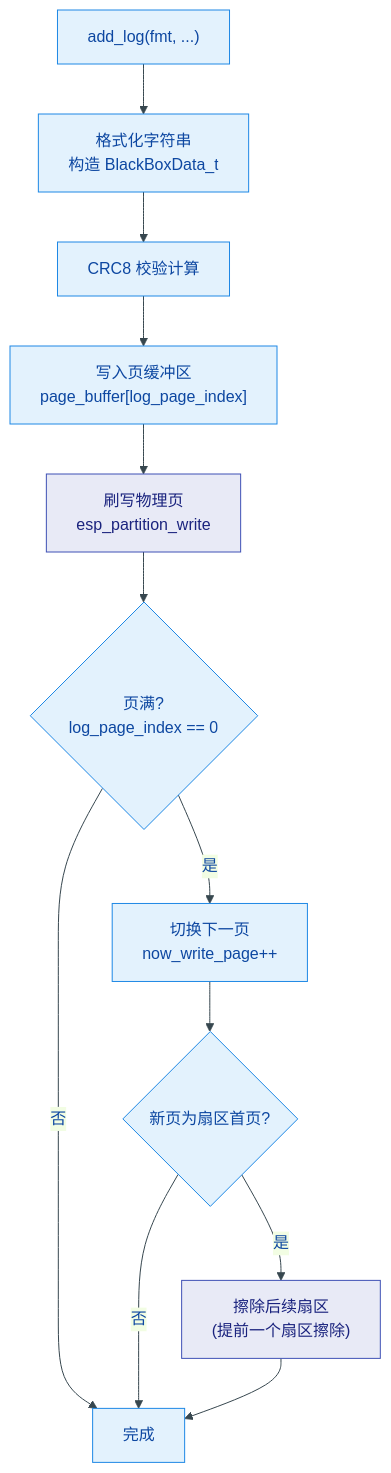
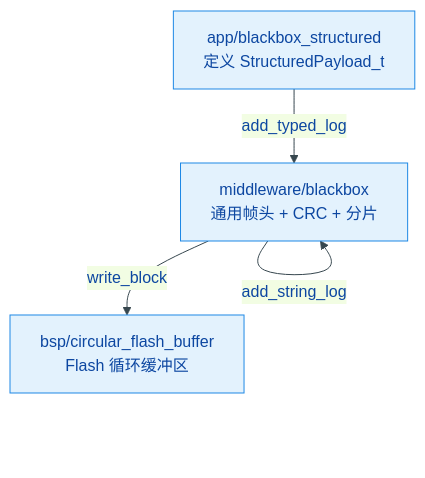
One commit to qingmeijiupiao/Wireless_power_meter_lite changed the diagram in components/middleware/blackbox/README.md. Above: the diagram before and after it, drawn with Mermaid. The commit also changed other lines of this file and 24 other files, not shown here.

````diff
--- a/components/middleware/blackbox/README.md
+++ b/components/middleware/blackbox/README.md
@@ -27,18 +40,7 @@
 ```mermaid
-%%{init: { 'theme': 'base', 'themeVariables': { 'primaryColor': '#E3F2FD', 'primaryBorderColor': '#1E88E5', 'primaryTextColor': '#0D47A1', 'lineColor': '#37474F', 'clusterBkg': '#F8FBFF', 'clusterBorder': '#90CAF9' } }}%%
+%%{init: { 'theme': 'base', 'themeVariables': { 'primaryColor': '#E3F2FD', 'primaryBorderColor': '#1E88E5', 'primaryTextColor': '#0D47A1', 'lineColor': '#37474F' } }}%%
 flowchart TD
-    A["add_log(fmt, ...)"] --> B["格式化字符串\n构造 BlackBoxData_t"]
-    B --> C["CRC8 校验计算"]
-    C --> D["写入页缓冲区\npage_buffer[log_page_index]"]
-    D --> E["刷写物理页\nesp_partition_write"]
-    E --> F{页满?\nlog_page_index == 0}
-    F -- 否 --> G[完成]
-    F -- 是 --> H["切换下一页\nnow_write_page++"]
-    H --> I{新页为扇区首页?}
-    I -- 否 --> G
-    I -- 是 --> J["擦除后续扇区\n(提前一个扇区擦除)"]
-    J --> G
-
-    classDef hardware fill:#E8EAF6,stroke:#3F51B5,color:#1A237E;
-    class E,J hardware;
+    APP["app/blackbox_structured<br/>定义 StructuredPayload_t"] -->|add_typed_log| MW["middleware/blackbox<br/>通用帧头 + CRC + 分片"]
+    MW -->|write_block| BSP["bsp/circular_flash_buffer<br/>Flash 循环缓冲区"]
+    MW -->|add_string_log| MW
 ```
````
